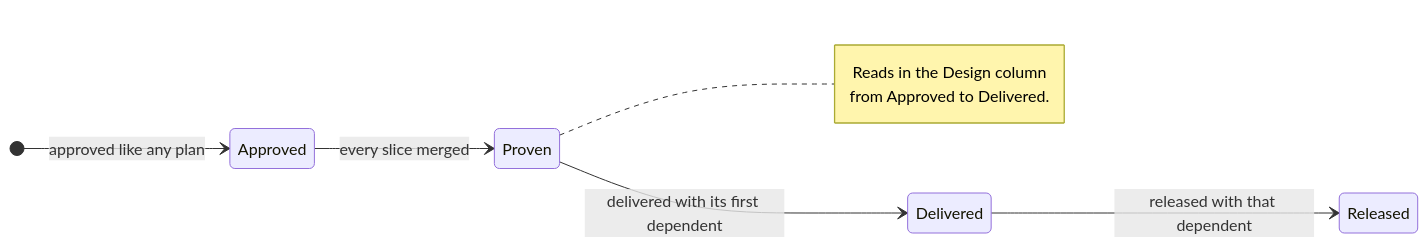
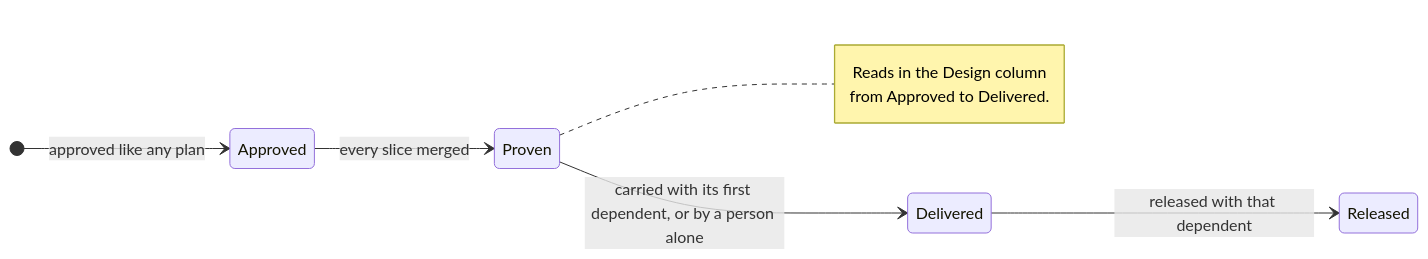
Before and after one commit to jwloka/plot: the second of 2 diagrams in docs/stories/plot-works-in-five-phases/DESIGN-phases.md, drawn with Mermaid. The commit also changed other lines of this file and 6 other files, not shown here.

````diff
--- a/docs/stories/plot-works-in-five-phases/DESIGN-phases.md
+++ b/docs/stories/plot-works-in-five-phases/DESIGN-phases.md
@@ -187,12 +193,12 @@
 ```mermaid
 stateDiagram-v2
     direction LR
     [*] --> Approved: approved like any plan
     Approved --> Proven: every slice merged
-    Proven --> Delivered: delivered with its first dependent
+    Proven --> Delivered: carried with its first dependent, or by a person alone
     Delivered --> Released: released with that dependent
     note right of Proven
         Reads in the Design column
         from Approved to Delivered.
     end note
 ```
````
